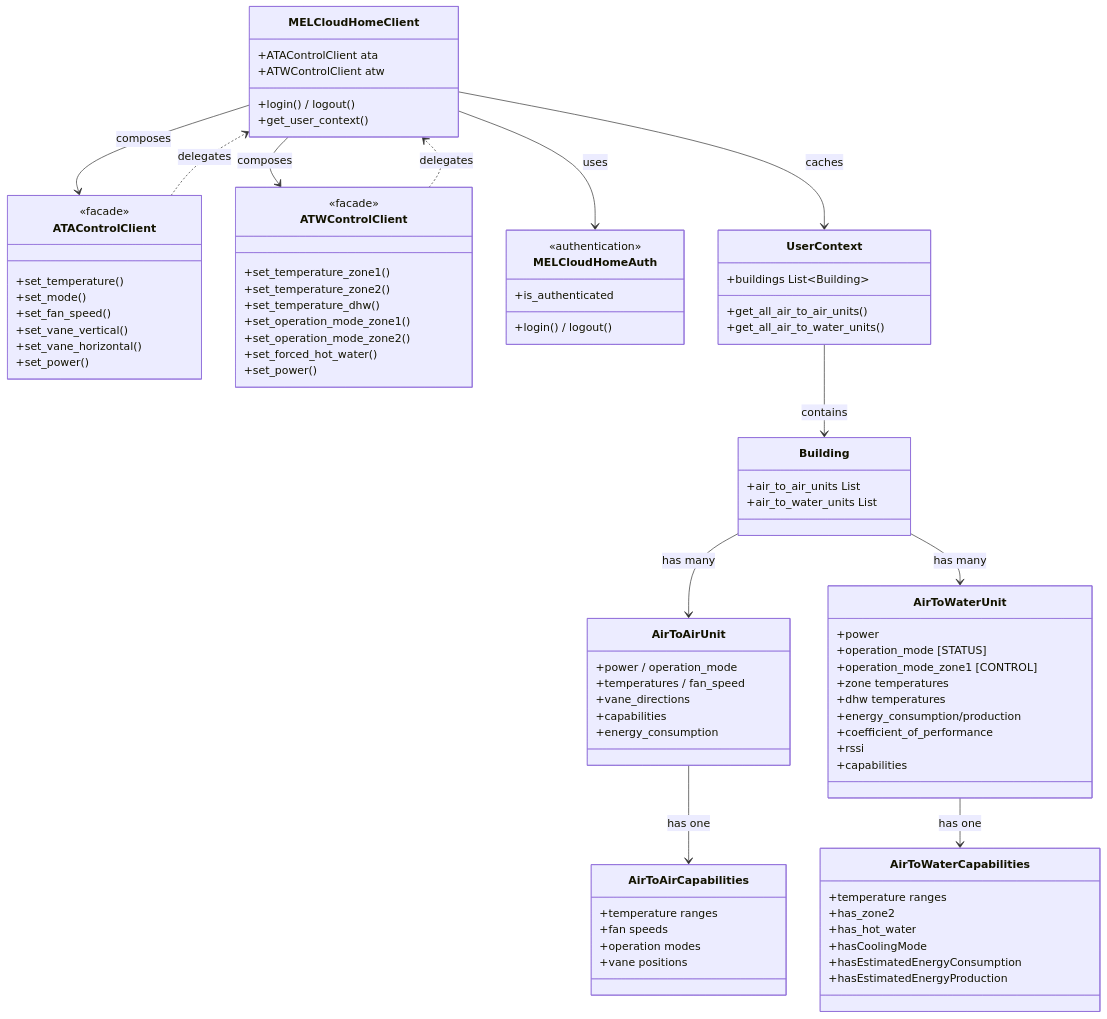
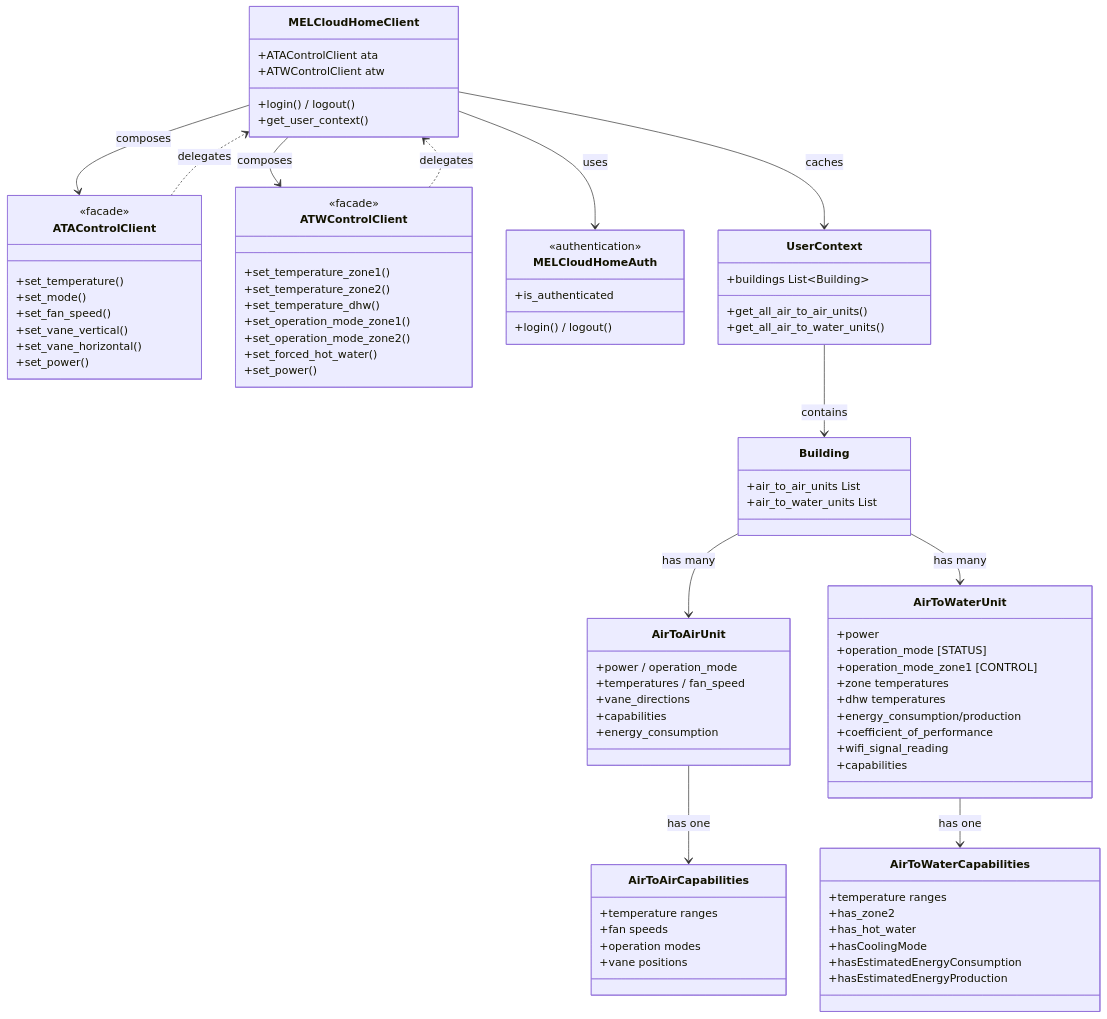
The fourth of 6 diagrams in docs/architecture.md (andrew-blake/melcloudhome), drawn with Mermaid before and after one commit. The commit also changed other lines of this file and 31 other files, not shown here.

First line of the commit message:
fix(sensor): read the Wi-Fi signal from the telemetry rssi series (#359)

```diff
--- a/docs/architecture.md
+++ b/docs/architecture.md
@@ -498,7 +498,7 @@
         +dhw temperatures
         +energy_consumption/production
         +coefficient_of_performance
-        +rssi
+        +wifi_signal_reading
         +capabilities
     }
 
```
